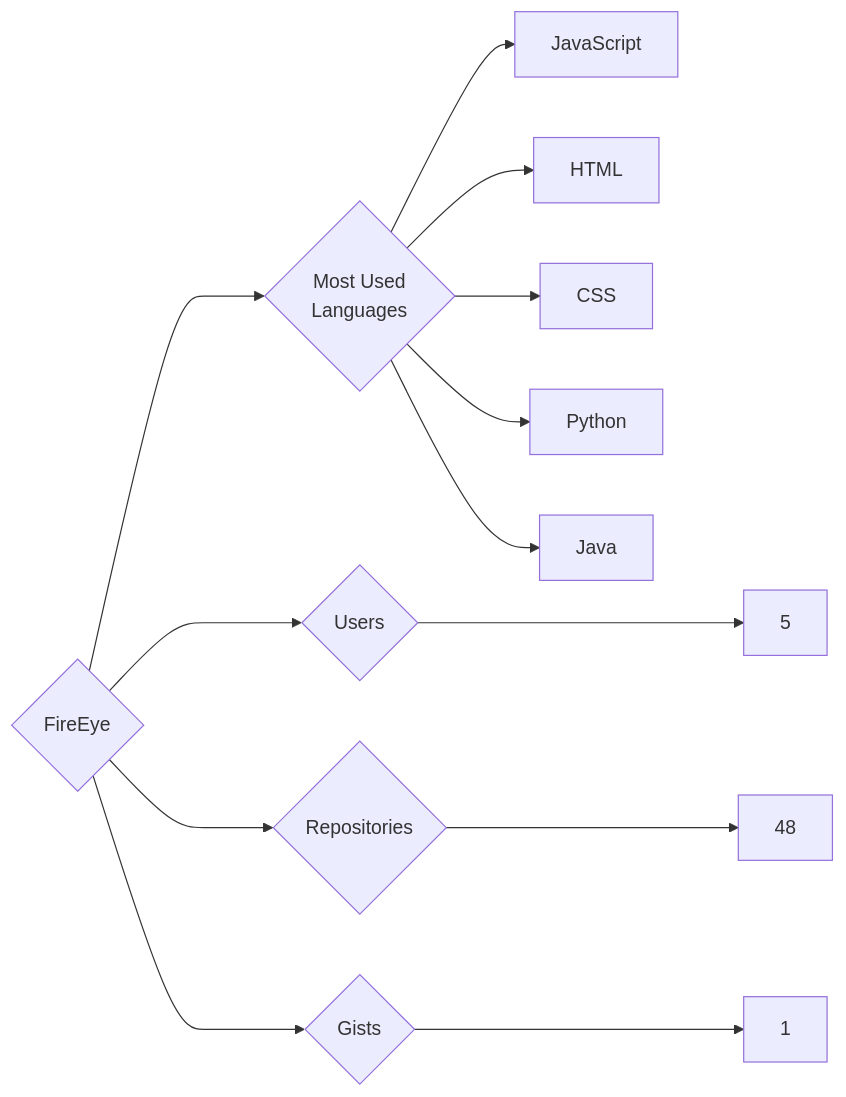
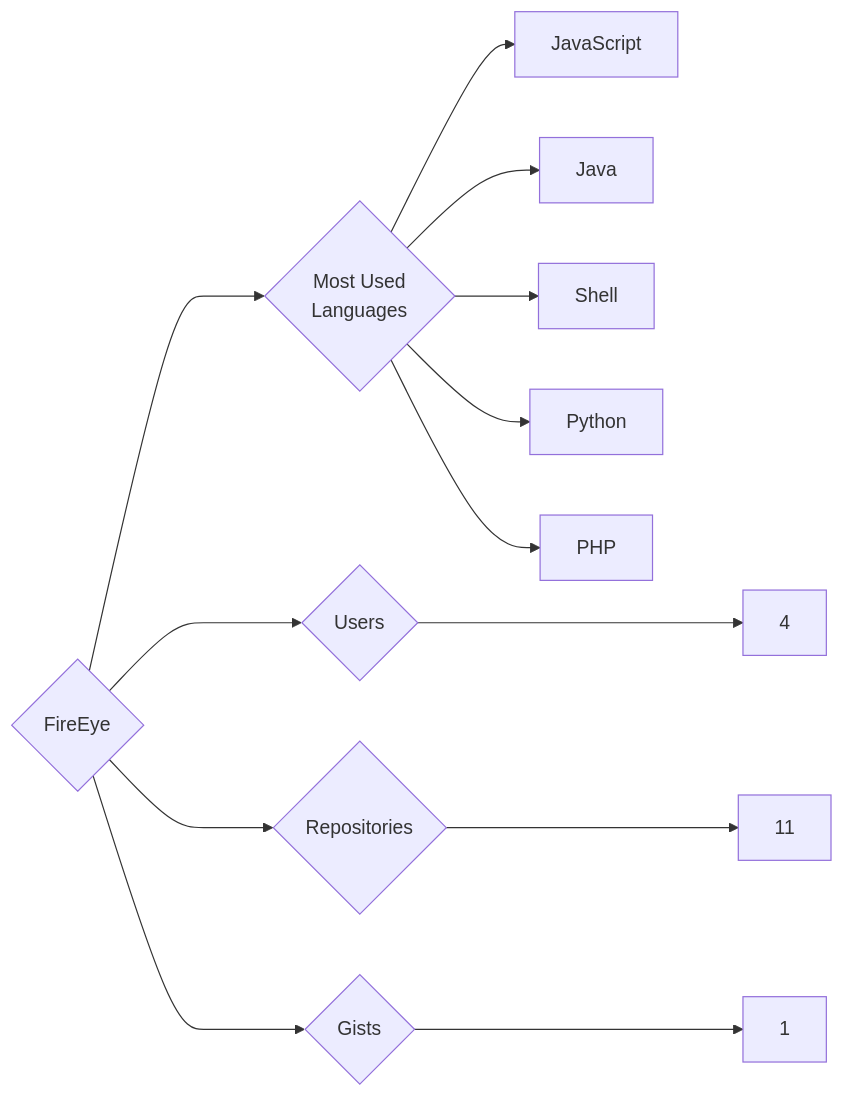
Before and after one commit to trickest/insiders: the diagram in targets/FireEye/README.md, drawn with Mermaid. The commit also changed 988 other files, not shown here.

````diff
--- a/targets/FireEye/README.md
+++ b/targets/FireEye/README.md
@@ -3,13 +3,13 @@
 ```mermaid
 graph LR
 COMPANY_NAME{FireEye}
-COMPANY_NAME ---> U{Users} ---> UN[5]
-COMPANY_NAME ---> R{Repositories} ---> RN[48]
+COMPANY_NAME ---> U{Users} ---> UN[4]
+COMPANY_NAME ---> R{Repositories} ---> RN[11]
 COMPANY_NAME ---> G{Gists} ---> GN[1]
 COMPANY_NAME ---> ML{Most Used<br>Languages}
 ML --> JavaScript[JavaScript]
-ML --> HTML[HTML]
-ML --> CSS[CSS]
+ML --> Java[Java]
+ML --> Shell[Shell]
 ML --> Python[Python]
-ML --> Java[Java]
+ML --> PHP[PHP]
 ```
````
